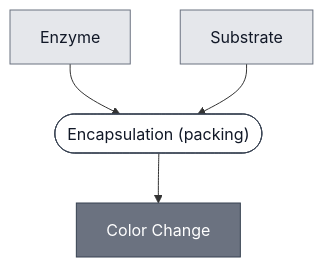
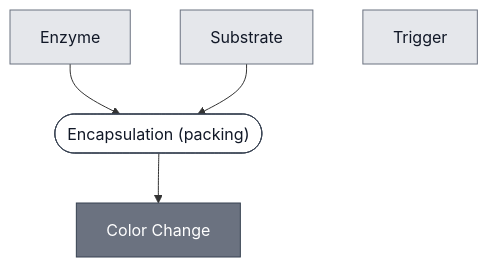
The diagram in docs/modules/color-change/spec.md (nucleus-eng/nucleus-docs), drawn with Mermaid before and after one commit. The commit also changed 7 other files, not shown here.

````diff
--- a/docs/modules/color-change/spec.md
+++ b/docs/modules/color-change/spec.md
@@ -31,23 +31,24 @@
 ```mermaid
 flowchart TD
     ENZYME["Enzyme"]
     SUBSTRATE["Substrate"]
+    TRIGGER["Trigger"]
 
     P1_SEPARATE_ENZYME_AND_SUBSTRATE_0(["Encapsulation (packing)"])
     COLOR_CHANGE["Color Change"]
 
     ENZYME --> P1_SEPARATE_ENZYME_AND_SUBSTRATE_0
     SUBSTRATE --> P1_SEPARATE_ENZYME_AND_SUBSTRATE_0
     P1_SEPARATE_ENZYME_AND_SUBSTRATE_0 --> COLOR_CHANGE
 
 
     classDef leaf     fill:#e5e7eb,stroke:#6b7280,color:#111827;
     classDef composed fill:#6b7280,stroke:#374151,color:#ffffff;
     classDef process  fill:#ffffff,stroke:#374151,color:#111827;
-    class ENZYME,SUBSTRATE leaf;
+    class ENZYME,SUBSTRATE,TRIGGER leaf;
     class COLOR_CHANGE composed;
     class P1_SEPARATE_ENZYME_AND_SUBSTRATE_0 process;
 
     click P1_SEPARATE_ENZYME_AND_SUBSTRATE_0 "/docs/processes/encapsulate/main"
     click COLOR_CHANGE "/docs/modules/color-change/spec"
 ```
````
